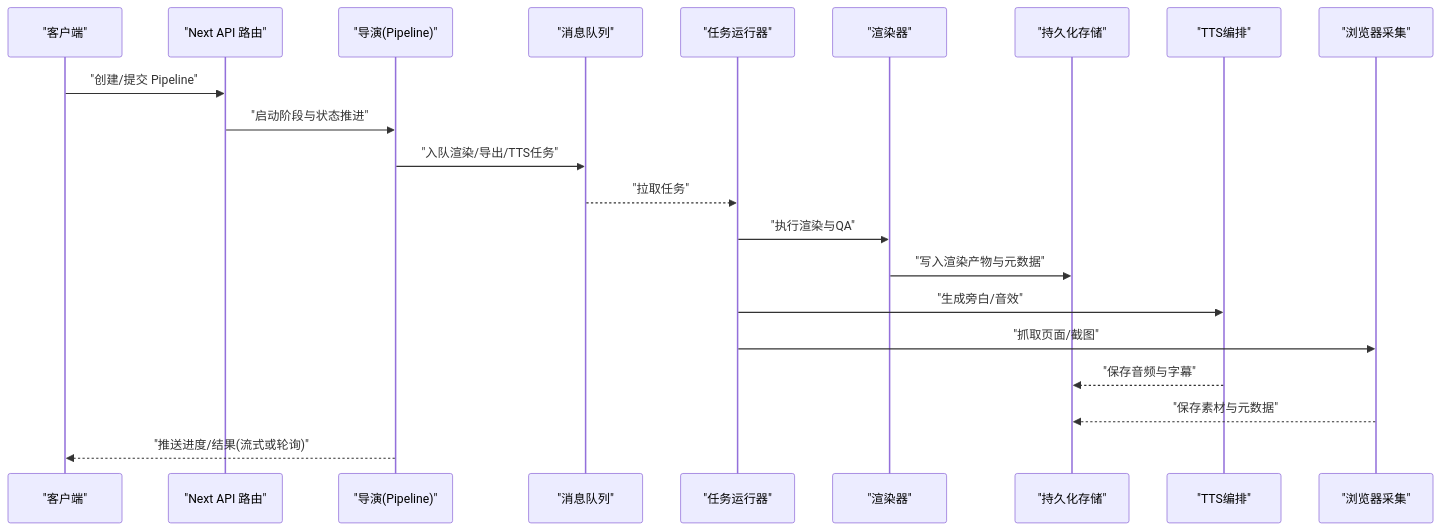
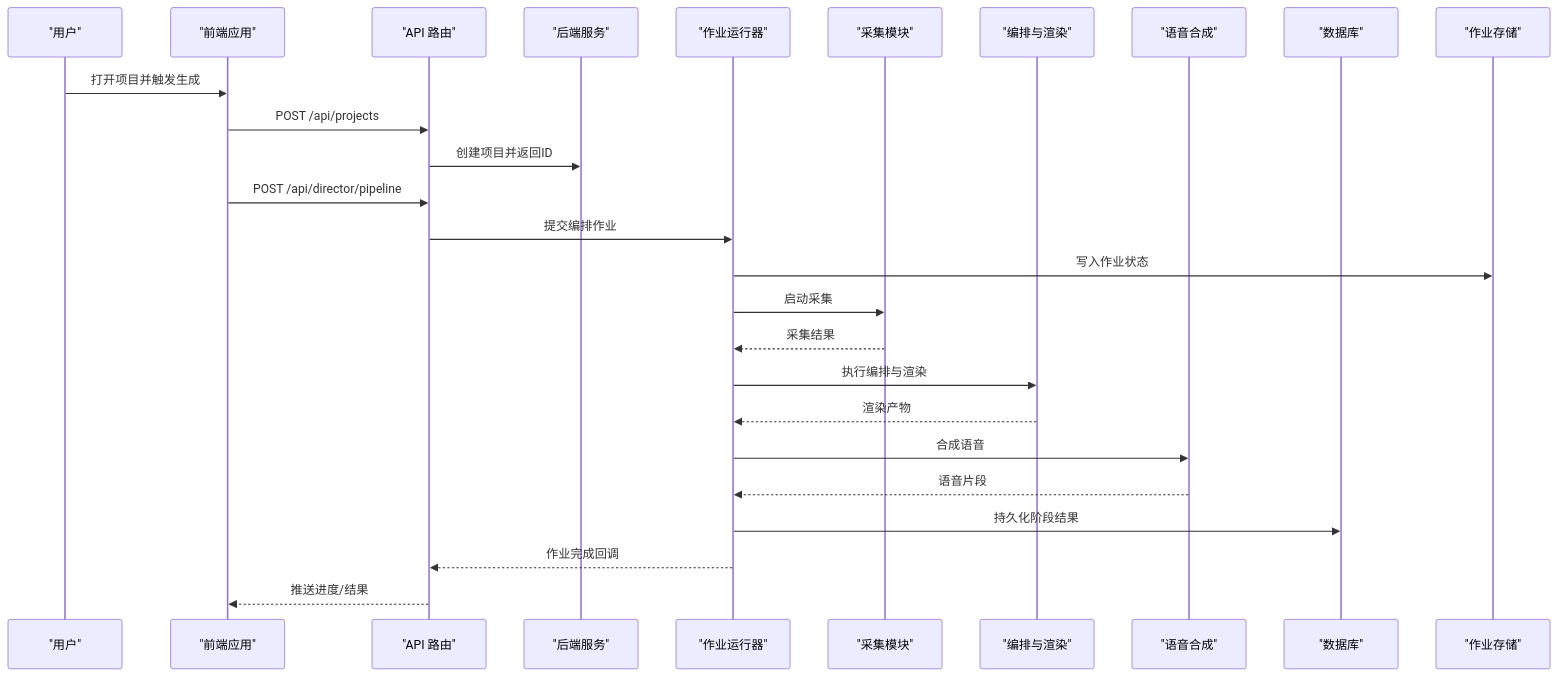
One commit to scottcwy/PurpleInk changed the second of 10 diagrams in .qoder/repowiki/zh/content/架构设计/架构设计.md. Above: the diagram before and after it, drawn with Mermaid. The commit also changed other lines of this file and 872 other files, not shown here.

````diff
--- a/.qoder/repowiki/zh/content/架构设计/架构设计.md
+++ b/.qoder/repowiki/zh/content/架构设计/架构设计.md
@@ -204,23 +149,28 @@
 ```mermaid
 sequenceDiagram
-participant Client as "客户端"
-participant NextAPI as "Next API 路由"
-participant Director as "导演(Pipeline)"
-participant Queue as "消息队列"
-participant JobRunner as "任务运行器"
-participant Renderer as "渲染器"
-participant Store as "持久化存储"
-participant TTS as "TTS编排"
-participant Capture as "浏览器采集"
-Client->>NextAPI : "创建/提交 Pipeline"
-NextAPI->>Director : "启动阶段与状态推进"
-Director->>Queue : "入队渲染/导出/TTS任务"
-Queue-->>JobRunner : "拉取任务"
-JobRunner->>Renderer : "执行渲染与QA"
-Renderer->>Store : "写入渲染产物与元数据"
-JobRunner->>TTS : "生成旁白/音效"
-JobRunner->>Capture : "抓取页面/截图"
-TTS-->>Store : "保存音频与字幕"
-Capture-->>Store : "保存素材与元数据"
-Director-->>Client : "推送进度/结果(流式或轮询)"
+participant U as "用户"
+participant FE as "前端应用"
+participant API as "API 路由"
+participant SRV as "后端服务"
+participant JOB as "作业运行器"
+participant CAP as "采集模块"
+participant PIPE as "编排与渲染"
+participant TTS as "语音合成"
+participant DB as "数据库"
+participant Q as "作业存储"
+U->>FE : 打开项目并触发生成
+FE->>API : POST /api/projects
+API->>SRV : 创建项目并返回ID
+FE->>API : POST /api/director/pipeline
+API->>JOB : 提交编排作业
+JOB->>Q : 写入作业状态
+JOB->>CAP : 启动采集
+CAP-->>JOB : 采集结果
+JOB->>PIPE : 执行编排与渲染
+PIPE-->>JOB : 渲染产物
+JOB->>TTS : 合成语音
+TTS-->>JOB : 语音片段
+JOB->>DB : 持久化阶段结果
+JOB-->>API : 作业完成回调
+API-->>FE : 推送进度/结果
 ```
````
